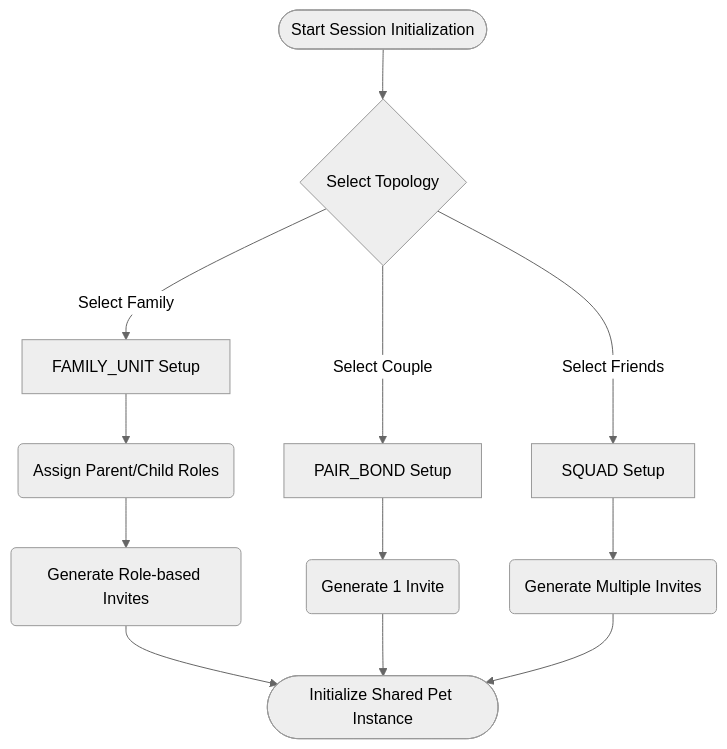
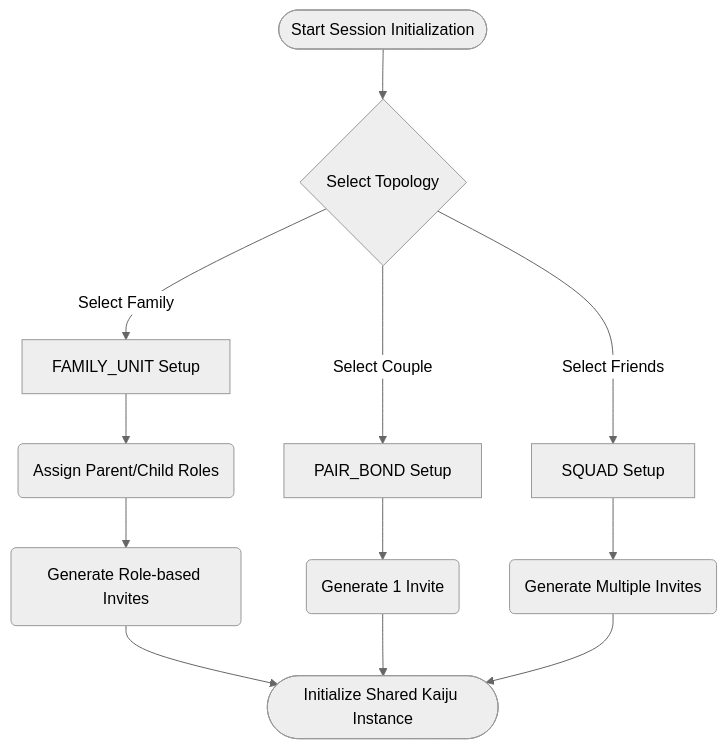
The first of 2 diagrams in Documentation/Multiplayer/02-group-types-and-targeting.md (TheMrCorvy/HATCH.REF), drawn with Mermaid (neutral theme) before and after one commit. The commit also changed other lines of this file and 47 other files, not shown here.

````diff
--- a/Documentation/Multiplayer/02-group-types-and-targeting.md
+++ b/Documentation/Multiplayer/02-group-types-and-targeting.md
@@ -80,17 +80,17 @@
 ```mermaid
 flowchart TD
     Start([Start Session Initialization]) --> AdminSelect{Select Topology}
     
     AdminSelect -->|Select Couple| Couple[PAIR_BOND Setup]
     AdminSelect -->|Select Family| Family[FAMILY_UNIT Setup]
     AdminSelect -->|Select Friends| Friends[SQUAD Setup]
     
     Couple --> SendInvites(Generate 1 Invite)
     Family --> RoleSelect(Assign Parent/Child Roles)
     Friends --> SquadInvites(Generate Multiple Invites)
     
     RoleSelect --> SendInvitesFam(Generate Role-based Invites)
-    SendInvitesFam --> Finalize([Initialize Shared Pet Instance])
+    SendInvitesFam --> Finalize([Initialize Shared Kaiju Instance])
     SendInvites --> Finalize
     SquadInvites --> Finalize
 ```
````
